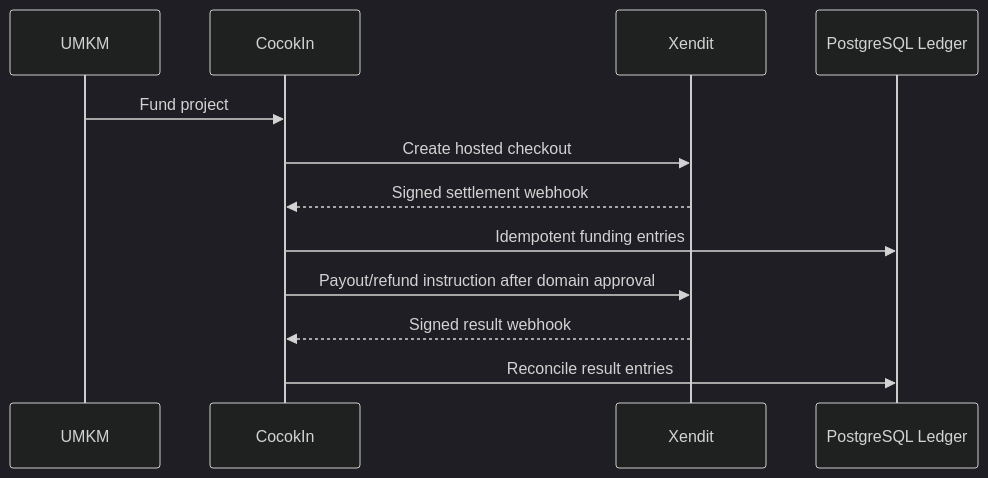
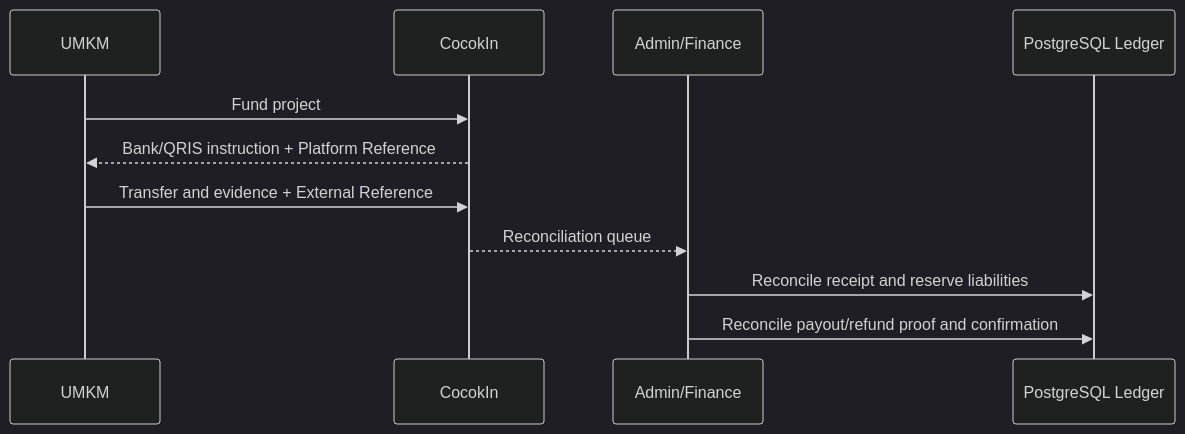
The second of 2 diagrams in docs/TECHNICAL_ARCHITECTURE.md (jajakiman/CocokIn), drawn with Mermaid (dark theme) before and after one commit. The commit also changed other lines of this file and 106 other files, not shown here.

````diff
--- a/docs/TECHNICAL_ARCHITECTURE.md
+++ b/docs/TECHNICAL_ARCHITECTURE.md
@@ -226,15 +230,14 @@
 ```mermaid
 sequenceDiagram
     participant U as UMKM
     participant C as CocokIn
-    participant X as Xendit
+    participant F as Admin/Finance
     participant DB as PostgreSQL Ledger
 
     U->>C: Fund project
-    C->>X: Create hosted checkout
-    X-->>C: Signed settlement webhook
-    C->>DB: Idempotent funding entries
-    C->>X: Payout/refund instruction after domain approval
-    X-->>C: Signed result webhook
-    C->>DB: Reconcile result entries
+    C-->>U: Bank/QRIS instruction + Platform Reference
+    U->>C: Transfer and evidence + External Reference
+    C-->>F: Reconciliation queue
+    F->>DB: Reconcile receipt and reserve liabilities
+    F->>DB: Reconcile payout/refund proof and confirmation
 ```
````
